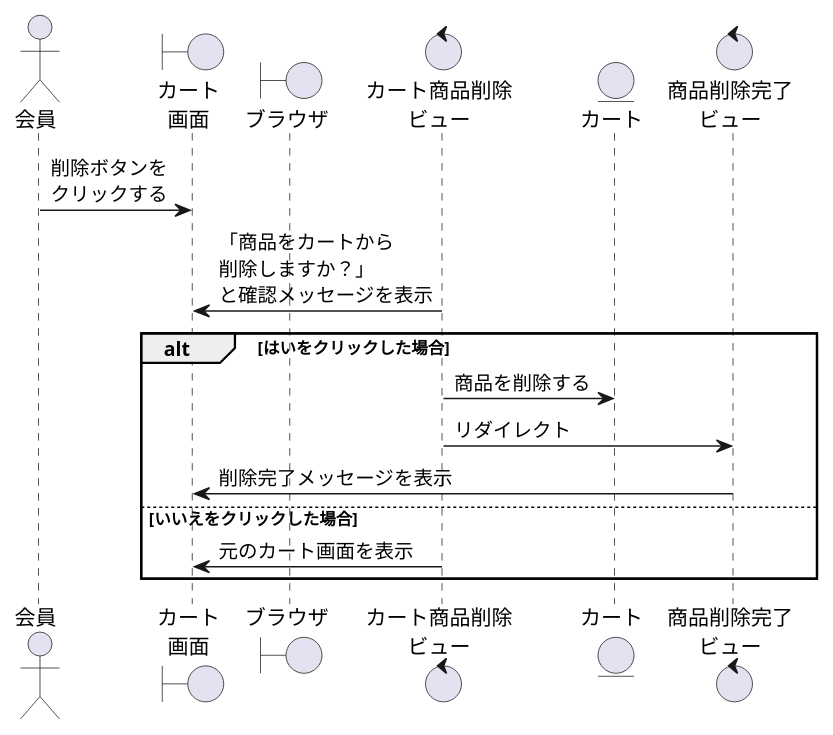
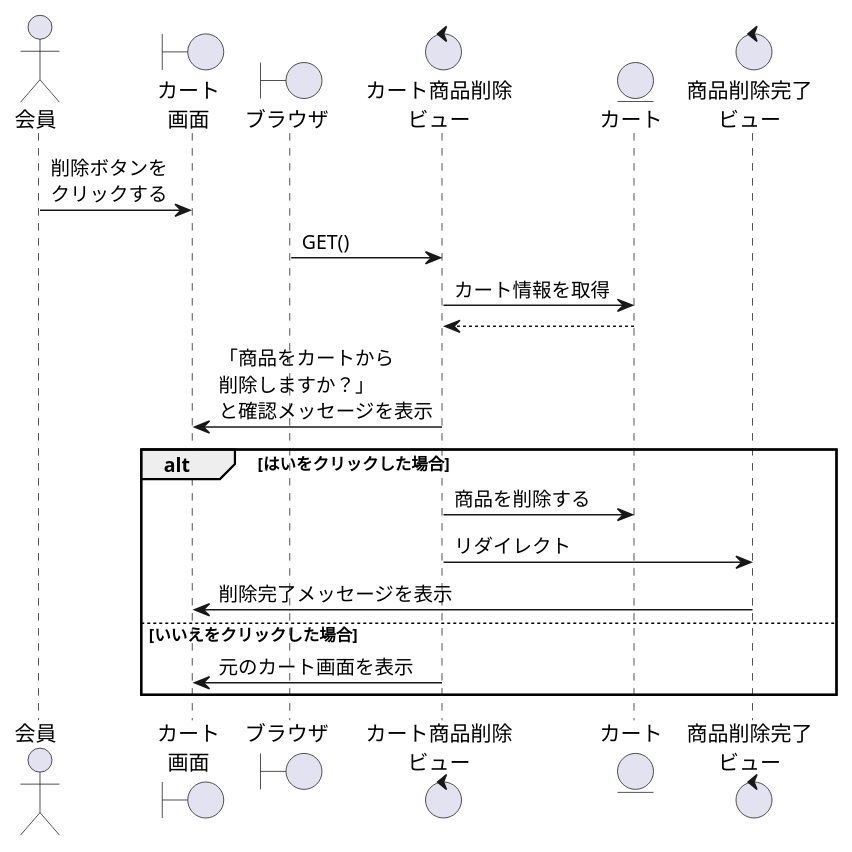
Before and after one commit to ysyk-wtnb16/team_D: the diagram in BBショップ/カート商品削除.wsd, drawn with PlantUML.

Commit message:
削除の修正途中

```diff
--- a/BBショップ/カート商品削除.wsd
+++ b/BBショップ/カート商品削除.wsd
@@ -1,20 +1,23 @@
 @startuml cartdelete
 
 actor "会員" as act
 boundary "カート\n画面" as cartv
 boundary "ブラウザ" as brz
 control "カート商品削除\nビュー" as delete
 entity "カート" as cart
 control "商品削除完了\nビュー" as shkc
 
 act -> cartv:削除ボタンを\nクリックする
+brz -> delete:GET()
+delete -> cart:カート情報を取得
+delete <-- cart
 cartv <- delete:「商品をカートから\n削除しますか？」\nと確認メッセージを表示 
 alt はいをクリックした場合
     delete -> cart:商品を削除する
     delete -> shkc:リダイレクト
     cartv <- shkc:削除完了メッセージを表示
 else いいえをクリックした場合
     cartv <- delete:元のカート画面を表示
 end
 
 @enduml
```
